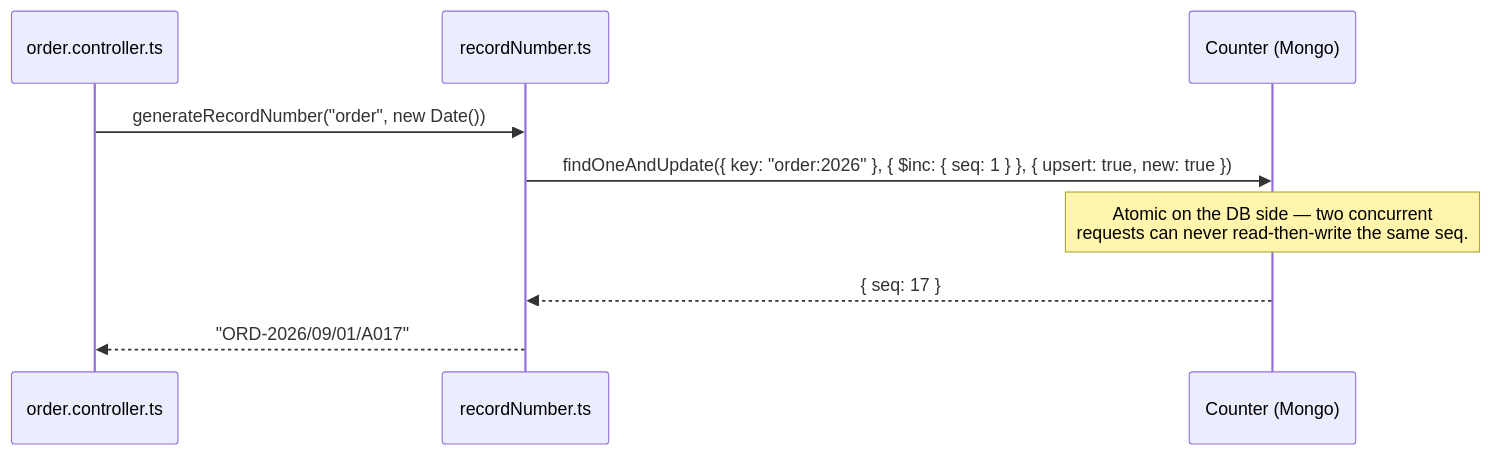
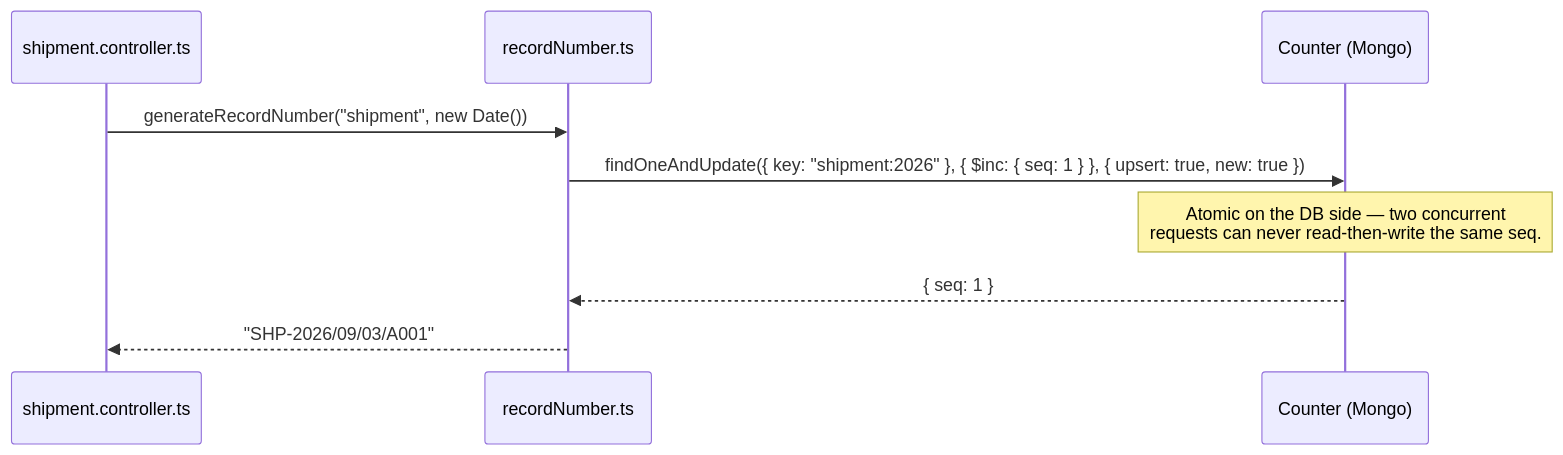
Before and after one commit to BhagyaInduwara/PUSL-3120-Full-Stack-development-Group-Project: the second of 2 diagrams in docs/schema-diagram.md, drawn with Mermaid. The commit also changed other lines of this file, not shown here.

Commit message:
docs(logistics): document shipment schema, relations, and delivery lifecycle

````diff
--- a/docs/schema-diagram.md
+++ b/docs/schema-diagram.md
@@ -128,12 +172,12 @@
 ```mermaid
 sequenceDiagram
-    participant C as order.controller.ts
+    participant C as shipment.controller.ts
     participant R as recordNumber.ts
     participant Ctr as Counter (Mongo)
 
-    C->>R: generateRecordNumber("order", new Date())
-    R->>Ctr: findOneAndUpdate({ key: "order:2026" }, { $inc: { seq: 1 } }, { upsert: true, new: true })
+    C->>R: generateRecordNumber("shipment", new Date())
+    R->>Ctr: findOneAndUpdate({ key: "shipment:2026" }, { $inc: { seq: 1 } }, { upsert: true, new: true })
     Note over Ctr: Atomic on the DB side — two concurrent<br/>requests can never read-then-write the same seq.
-    Ctr-->>R: { seq: 17 }
-    R-->>C: "ORD-2026/09/01/A017"
+    Ctr-->>R: { seq: 1 }
+    R-->>C: "SHP-2026/09/03/A001"
 ```
````
